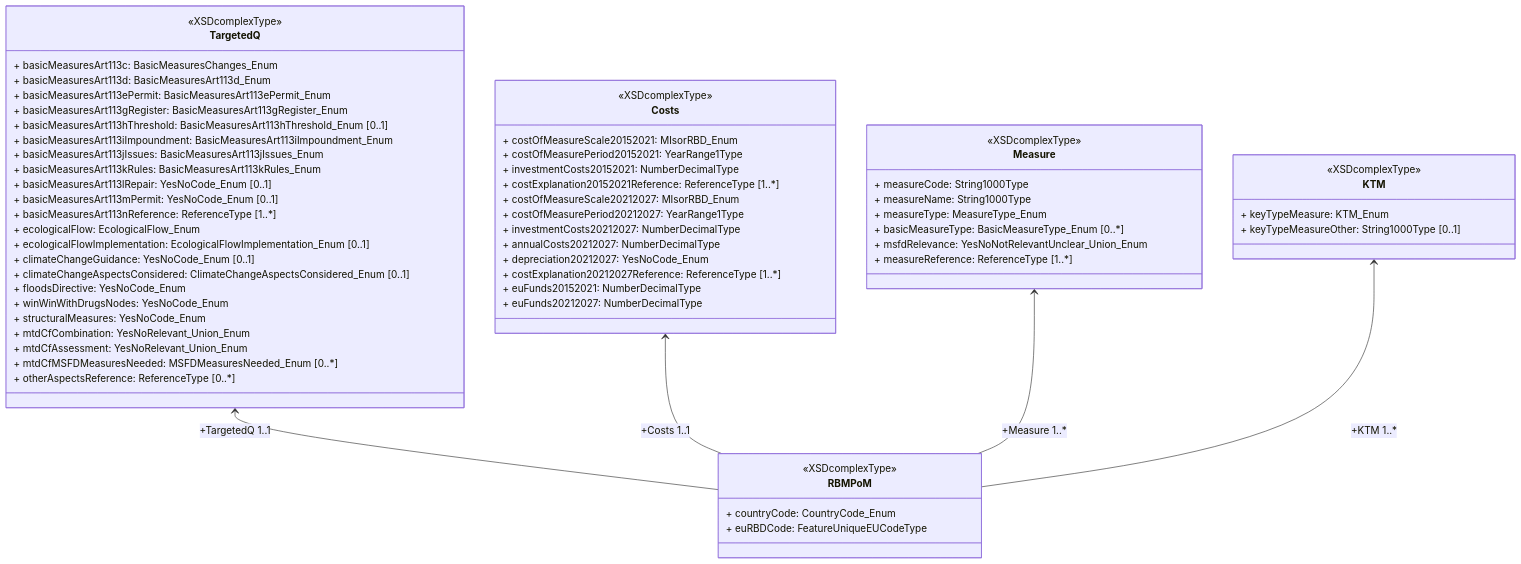
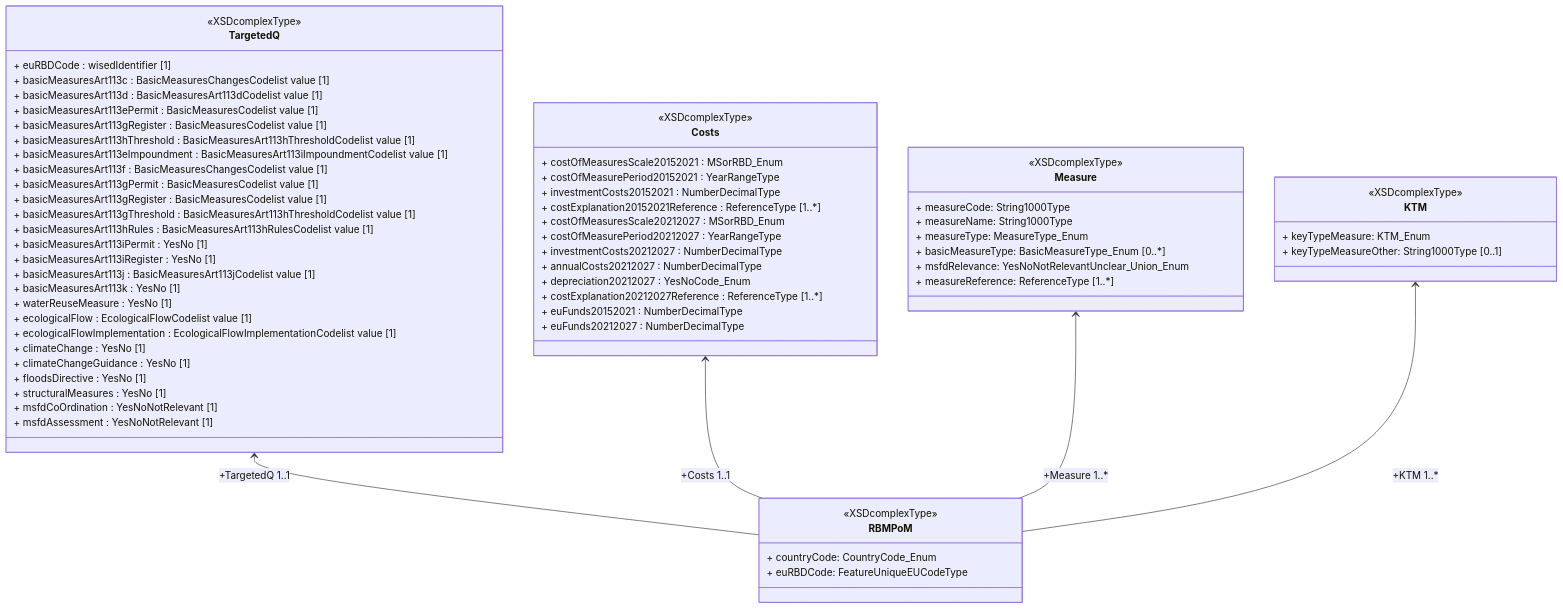
One commit to eeadata/WISE.WFD.Documentation changed the diagram in docs/DataModelReview/mmd/MeasuresRBMPPoM_2022schema.mmd. Above: the diagram before and after it, drawn with Mermaid. The commit also changed 22 other files, not shown here.

```diff
--- a/docs/DataModelReview/mmd/MeasuresRBMPPoM_2022schema.mmd
+++ b/docs/DataModelReview/mmd/MeasuresRBMPPoM_2022schema.mmd
@@ -1,71 +1,80 @@
 classDiagram
     direction TB
 
     class TargetedQ {
         <<XSDcomplexType>>
-        + basicMeasuresArt113c: BasicMeasuresChanges_Enum
-        + basicMeasuresArt113d: BasicMeasuresArt113d_Enum
-        + basicMeasuresArt113ePermit: BasicMeasuresArt113ePermit_Enum
-        + basicMeasuresArt113gRegister: BasicMeasuresArt113gRegister_Enum
-        + basicMeasuresArt113hThreshold: BasicMeasuresArt113hThreshold_Enum [0..1]
-        + basicMeasuresArt113iImpoundment: BasicMeasuresArt113iImpoundment_Enum
-        + basicMeasuresArt113jIssues: BasicMeasuresArt113jIssues_Enum
-        + basicMeasuresArt113kRules: BasicMeasuresArt113kRules_Enum
-        + basicMeasuresArt113lRepair: YesNoCode_Enum [0..1]
-        + basicMeasuresArt113mPermit: YesNoCode_Enum [0..1]
-        + basicMeasuresArt113nReference: ReferenceType [1..*]
-        + ecologicalFlow: EcologicalFlow_Enum
-        + ecologicalFlowImplementation: EcologicalFlowImplementation_Enum [0..1]
-        + climateChangeGuidance: YesNoCode_Enum [0..1]
-        + climateChangeAspectsConsidered: ClimateChangeAspectsConsidered_Enum [0..1]
-        + floodsDirective: YesNoCode_Enum
-        + winWinWithDrugsNodes: YesNoCode_Enum
-        + structuralMeasures: YesNoCode_Enum
-        + mtdCfCombination: YesNoRelevant_Union_Enum
-        + mtdCfAssessment: YesNoRelevant_Union_Enum
-        + mtdCfMSFDMeasuresNeeded: MSFDMeasuresNeeded_Enum [0..*]
-        + otherAspectsReference: ReferenceType [0..*]
+        + euRBDCode : wisedIdentifier [1]
+
+        + basicMeasuresArt113c : BasicMeasuresChangesCodelist value [1]
+        + basicMeasuresArt113d : BasicMeasuresArt113dCodelist value [1]
+        + basicMeasuresArt113ePermit : BasicMeasuresCodelist value [1]
+        + basicMeasuresArt113gRegister : BasicMeasuresCodelist value [1]
+        + basicMeasuresArt113hThreshold : BasicMeasuresArt113hThresholdCodelist value [1]
+        + basicMeasuresArt113eImpoundment : BasicMeasuresArt113iImpoundmentCodelist value [1]
+        + basicMeasuresArt113f : BasicMeasuresChangesCodelist value [1]
+
+        + basicMeasuresArt113gPermit : BasicMeasuresCodelist value [1]
+        + basicMeasuresArt113gRegister : BasicMeasuresCodelist value [1]
+        + basicMeasuresArt113gThreshold : BasicMeasuresArt113hThresholdCodelist value [1]
+        + basicMeasuresArt113hRules : BasicMeasuresArt113hRulesCodelist value [1]
+
+        + basicMeasuresArt113iPermit : YesNo [1]
+        + basicMeasuresArt113iRegister : YesNo [1]
+        + basicMeasuresArt113j : BasicMeasuresArt113jCodelist value [1]
+        + basicMeasuresArt113k : YesNo [1]
+
+        + waterReuseMeasure : YesNo [1]
+        + ecologicalFlow : EcologicalFlowCodelist value [1]
+        + ecologicalFlowImplementation : EcologicalFlowImplementationCodelist value [1]
+        + climateChange : YesNo [1]
+        + climateChangeGuidance : YesNo [1]
+        + floodsDirective : YesNo [1]
+        + structuralMeasures : YesNo [1]
+        + msfdCoOrdination : YesNoNotRelevant [1]
+        + msfdAssessment : YesNoNotRelevant [1]
     }
 
     class Costs {
         <<XSDcomplexType>>
-        + costOfMeasureScale20152021: MIsorRBD_Enum
-        + costOfMeasurePeriod20152021: YearRange1Type
-        + investmentCosts20152021: NumberDecimalType
-        + costExplanation20152021Reference: ReferenceType [1..*]
-        + costOfMeasureScale20212027: MIsorRBD_Enum
-        + costOfMeasurePeriod20212027: YearRange1Type
-        + investmentCosts20212027: NumberDecimalType
-        + annualCosts20212027: NumberDecimalType
-        + depreciation20212027: YesNoCode_Enum
-        + costExplanation20212027Reference: ReferenceType [1..*]
-        + euFunds20152021: NumberDecimalType
-        + euFunds20212027: NumberDecimalType
+        + costOfMeasuresScale20152021 : MSorRBD_Enum
+        + costOfMeasurePeriod20152021 : YearRangeType
+        + investmentCosts20152021 : NumberDecimalType
+        + costExplanation20152021Reference : ReferenceType [1..*]
+
+        + costOfMeasuresScale20212027 : MSorRBD_Enum
+        + costOfMeasurePeriod20212027 : YearRangeType
+        + investmentCosts20212027 : NumberDecimalType
+        + annualCosts20212027 : NumberDecimalType
+        + depreciation20212027 : YesNoCode_Enum
+        + costExplanation20212027Reference : ReferenceType [1..*]
+
+        + euFunds20152021 : NumberDecimalType
+        + euFunds20212027 : NumberDecimalType
     }
 
     class Measure {
         <<XSDcomplexType>>
         + measureCode: String1000Type
         + measureName: String1000Type
         + measureType: MeasureType_Enum
         + basicMeasureType: BasicMeasureType_Enum [0..*]
         + msfdRelevance: YesNoNotRelevantUnclear_Union_Enum
         + measureReference: ReferenceType [1..*]
     }
 
     class KTM {
         <<XSDcomplexType>>
         + keyTypeMeasure: KTM_Enum
         + keyTypeMeasureOther: String1000Type [0..1]
     }
 
     class RBMPoM {
         <<XSDcomplexType>>
         + countryCode: CountryCode_Enum
         + euRBDCode: FeatureUniqueEUCodeType
     }
 
     TargetedQ <-- RBMPoM : +TargetedQ 1..1
     Costs <-- RBMPoM : +Costs 1..1
     Measure <-- RBMPoM : +Measure 1..*
     KTM <-- RBMPoM : +KTM 1..*
```
